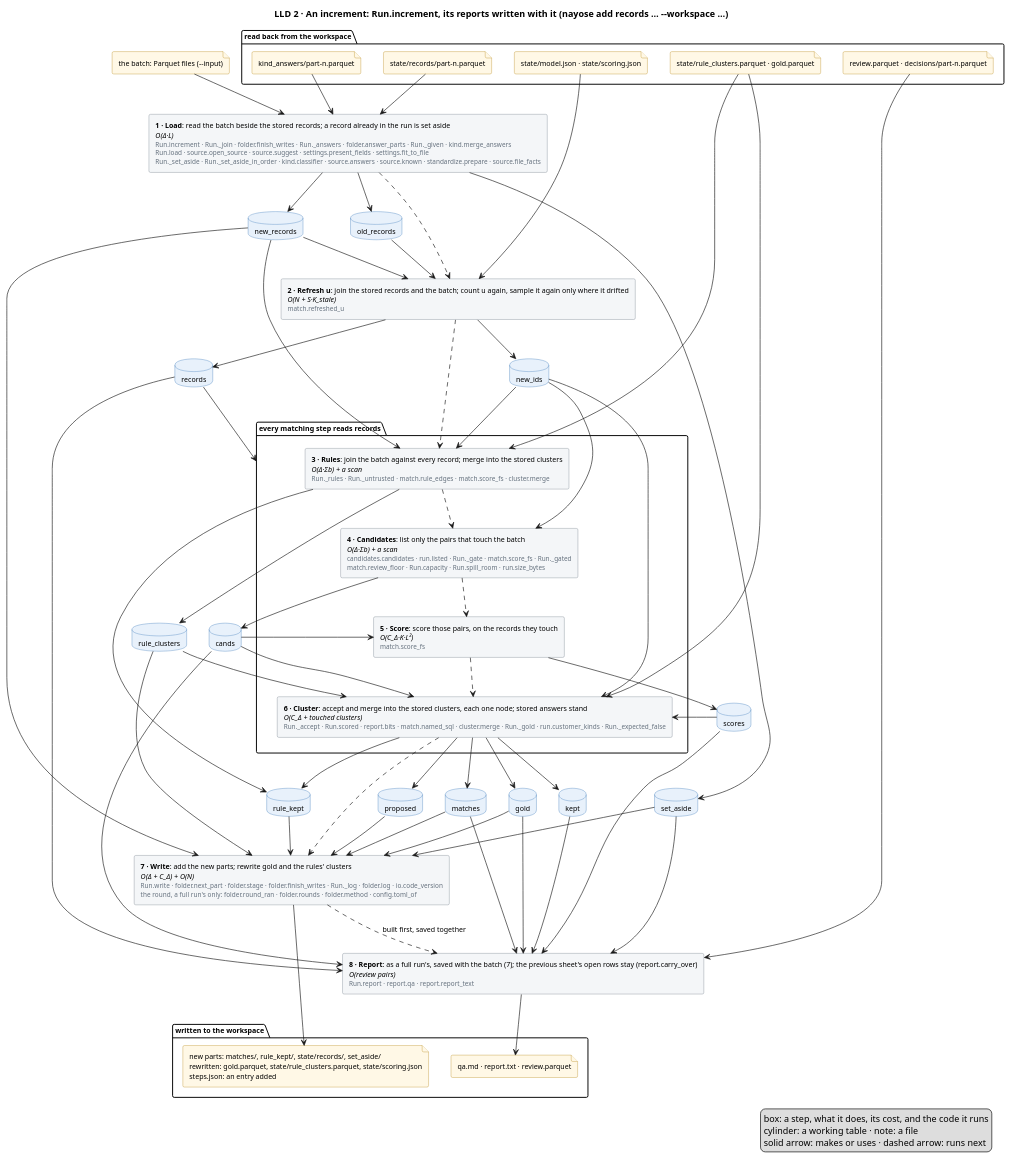
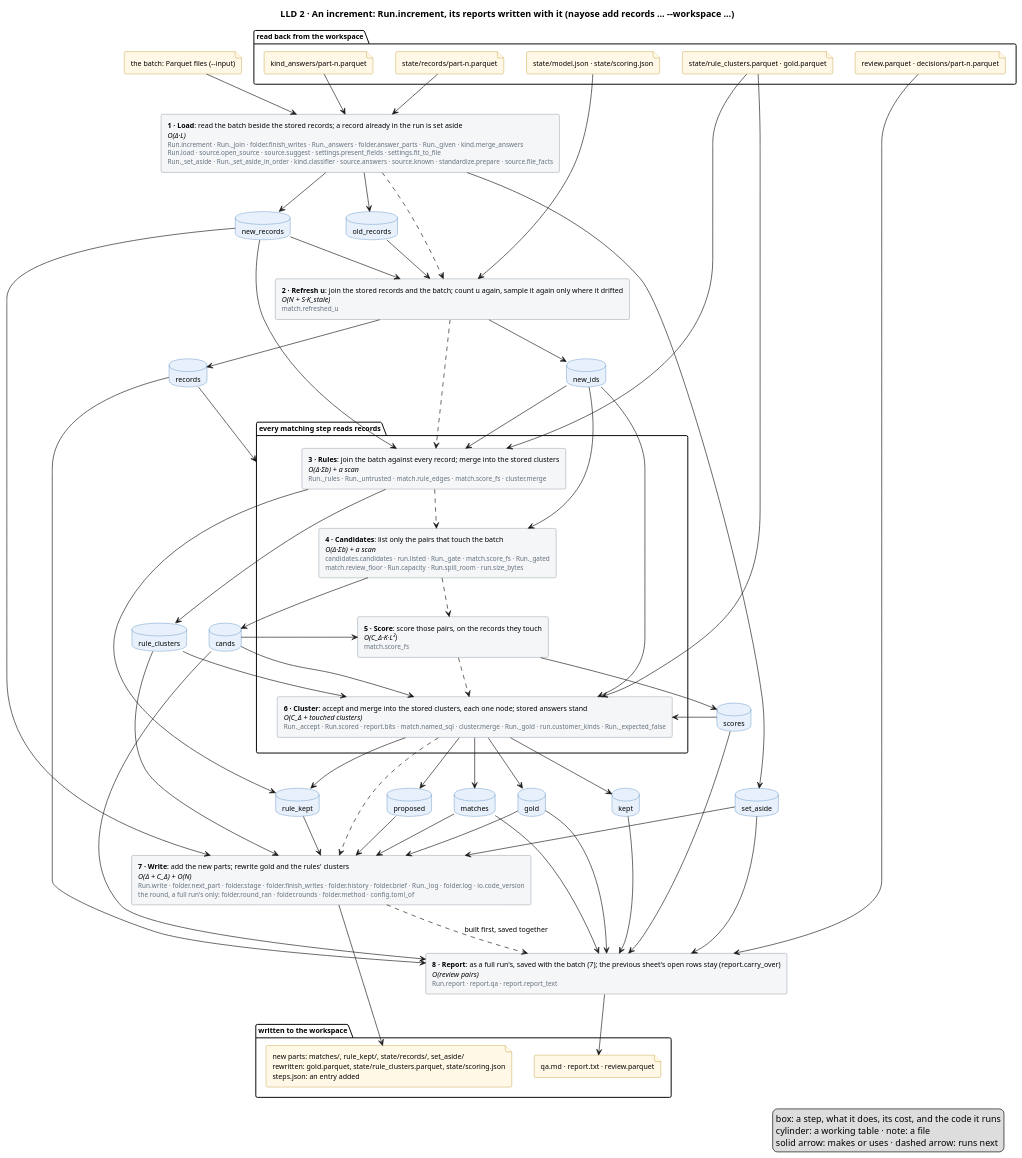
The diagram in docs/diagrams/increment.puml (mvsbm/entity_matching), drawn with PlantUML before and after one commit. The commit also changed 11 other files, not shown here.

```diff
--- a/docs/diagrams/increment.puml
+++ b/docs/diagrams/increment.puml
@@ -1,119 +1,119 @@
 @startuml increment
 title LLD 2 · An increment: Run.increment, its reports written with it (nayose add records … ~--workspace …)
 skinparam defaultFontSize 11
 skinparam rectangle {
   BackgroundColor #F4F6F8
   BorderColor #65717E
 }
 skinparam database {
   BackgroundColor #E8F1FB
   BorderColor #2C6DB3
 }
 skinparam file {
   BackgroundColor #FFF8E6
   BorderColor #B07D00
 }
 
 package "read back from the workspace" {
   file "state/model.json · state/scoring.json" as f_model
   file "state/records/part-n.parquet" as f_records
   file "state/rule_clusters.parquet · gold.parquet" as f_clusters
   file "kind_answers/part-n.parquet" as f_answers
   file "review.parquet · decisions/part-n.parquet" as f_sheet
 }
 file "the batch: Parquet files (~--input)" as f_batch
 
 
 rectangle "<b>1 · Load</b>: read the batch beside the stored records; a record already in the run is set aside\n<i>O(Δ·L)</i>\n<size:10><color:#65717E>Run.increment · Run._join · folder.finish_writes · Run._answers · folder.answer_parts · Run._given · kind.merge_answers</color></size>\n<size:10><color:#65717E>Run.load · source.open_source · source.suggest · settings.present_fields · settings.fit_to_file</color></size>\n<size:10><color:#65717E>Run._set_aside · Run._set_aside_in_order · kind.classifier · source.answers · source.known · standardize.prepare · source.file_facts</color></size>" as load
 rectangle "<b>2 · Refresh u</b>: join the stored records and the batch; count u again, sample it again only where it drifted\n<i>O(N + S·K_stale)</i>\n<size:10><color:#65717E>match.refreshed_u</color></size>" as fit
 package "every matching step reads records" as matching {
   rectangle "<b>3 · Rules</b>: join the batch against every record; merge into the stored clusters\n<i>O(Δ·Σb) + a scan</i>\n<size:10><color:#65717E>Run._rules · Run._untrusted · match.rule_edges · match.score_fs · cluster.merge</color></size>" as rules
   rectangle "<b>4 · Candidates</b>: list only the pairs that touch the batch\n<i>O(Δ·Σb) + a scan</i>\n<size:10><color:#65717E>candidates.candidates · run.listed · Run._gate · match.score_fs · Run._gated</color></size>\n<size:10><color:#65717E>match.review_floor · Run.capacity · Run.spill_room · run.size_bytes</color></size>" as candidates
   rectangle "<b>5 · Score</b>: score those pairs, on the records they touch\n<i>O(C_Δ·K·L²)</i>\n<size:10><color:#65717E>match.score_fs</color></size>" as score
   rectangle "<b>6 · Cluster</b>: accept and merge into the stored clusters, each one node; stored answers stand\n<i>O(C_Δ + touched clusters)</i>\n<size:10><color:#65717E>Run._accept · Run.scored · report.bits · match.named_sql · cluster.merge · Run._gold · run.customer_kinds · Run._expected_false</color></size>" as cluster
 }
-rectangle "<b>7 · Write</b>: add the new parts; rewrite gold and the rules' clusters\n<i>O(Δ + C_Δ) + O(N)</i>\n<size:10><color:#65717E>Run.write · folder.next_part · folder.stage · folder.finish_writes · Run._log · folder.log · io.code_version</color></size>\n<size:10><color:#65717E>the round, a full run's only: folder.round_ran · folder.rounds · folder.method · config.toml_of</color></size>" as write
+rectangle "<b>7 · Write</b>: add the new parts; rewrite gold and the rules' clusters\n<i>O(Δ + C_Δ) + O(N)</i>\n<size:10><color:#65717E>Run.write · folder.next_part · folder.stage · folder.finish_writes · folder.history · folder.brief · Run._log · folder.log · io.code_version</color></size>\n<size:10><color:#65717E>the round, a full run's only: folder.round_ran · folder.rounds · folder.method · config.toml_of</color></size>" as write
 rectangle "<b>8 · Report</b>: as a full run's, saved with the batch (7); the previous sheet's open rows stay (report.carry_over)\n<i>O(review pairs)</i>\n<size:10><color:#65717E>Run.report · report.qa · report.report_text</color></size>" as report
 database "old_records" as old_records
 database "new_records" as new_records
 database "set_aside" as set_aside
 database "records" as records
 database "new_ids" as new_ids
 database "rule_clusters" as rule_clusters
 database "rule_kept" as rule_kept
 database "cands" as cands
 database "scores" as scores
 database "matches" as matches
 database "proposed" as proposed
 database "kept" as kept
 database "gold" as gold
 
 package "written to the workspace" {
   file "new parts: matches/, rule_kept/, state/records/, set_aside/\nrewritten: gold.parquet, state/rule_clusters.parquet, state/scoring.json\nsteps.json: an entry added" as f_out
   file "qa.md · report.txt · review.parquet" as f_people
 }
 
 f_batch --> load
 f_records --> load
 f_answers --> load
 f_model --> fit
 f_clusters --> rules
 f_clusters --> cluster
 f_sheet --> report
 
 load ..> fit
 fit ..> rules
 rules ..> candidates
 candidates ..> score
 score ..> cluster
 cluster ..> write
 write ..> report : built first, saved together
 
 load --> old_records
 load --> new_records
 load --> set_aside
 old_records --> fit
 new_records --> fit
 fit --> records
 fit --> new_ids
 records --> matching
 new_records --> rules
 new_ids --> rules
 rules --> rule_clusters
 rules --> rule_kept
 new_ids --> candidates
 candidates --> cands
 cands --> score
 score --> scores
 new_ids --> cluster
 rule_clusters --> cluster
 cands --> cluster
 scores --> cluster
 cluster --> matches
 cluster --> proposed
 cluster --> kept
 cluster --> rule_kept
 kept --> report
 proposed --> write
 cluster --> gold
 new_records --> write
 rule_clusters --> write
 rule_kept --> write
 matches --> write
 gold --> write
 set_aside --> write
 records --> report
 cands --> report
 scores --> report
 matches --> report
 gold --> report
 set_aside --> report
 
 write --> f_out
 report --> f_people
 legend right
   box: a step, what it does, its cost, and the code it runs
   cylinder: a working table · note: a file
   solid arrow: makes or uses · dashed arrow: runs next
 endlegend
 @enduml
```
